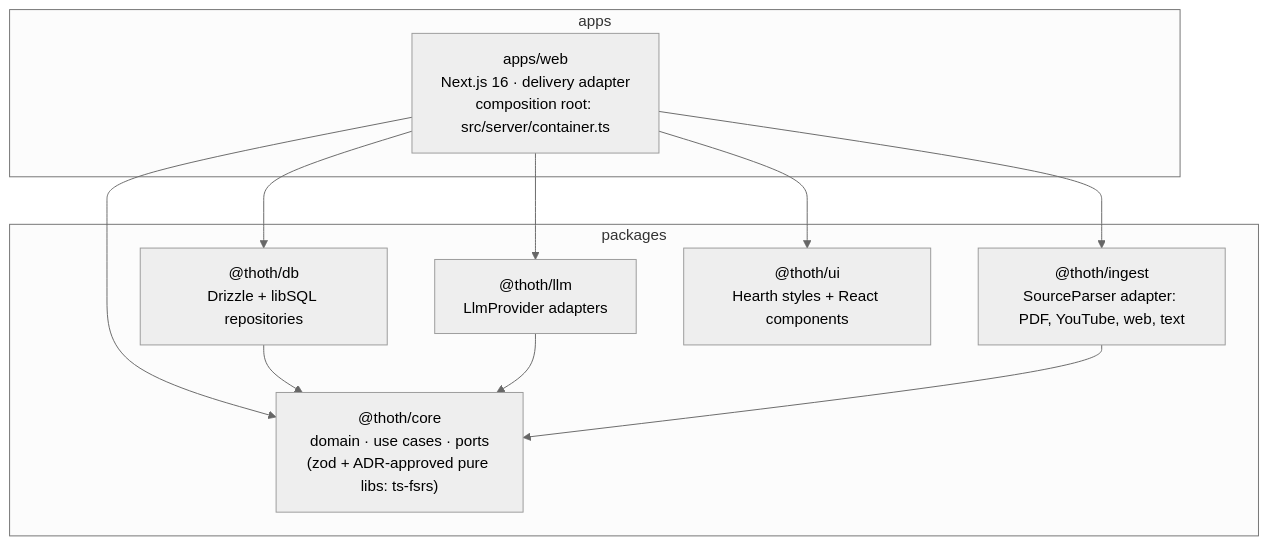
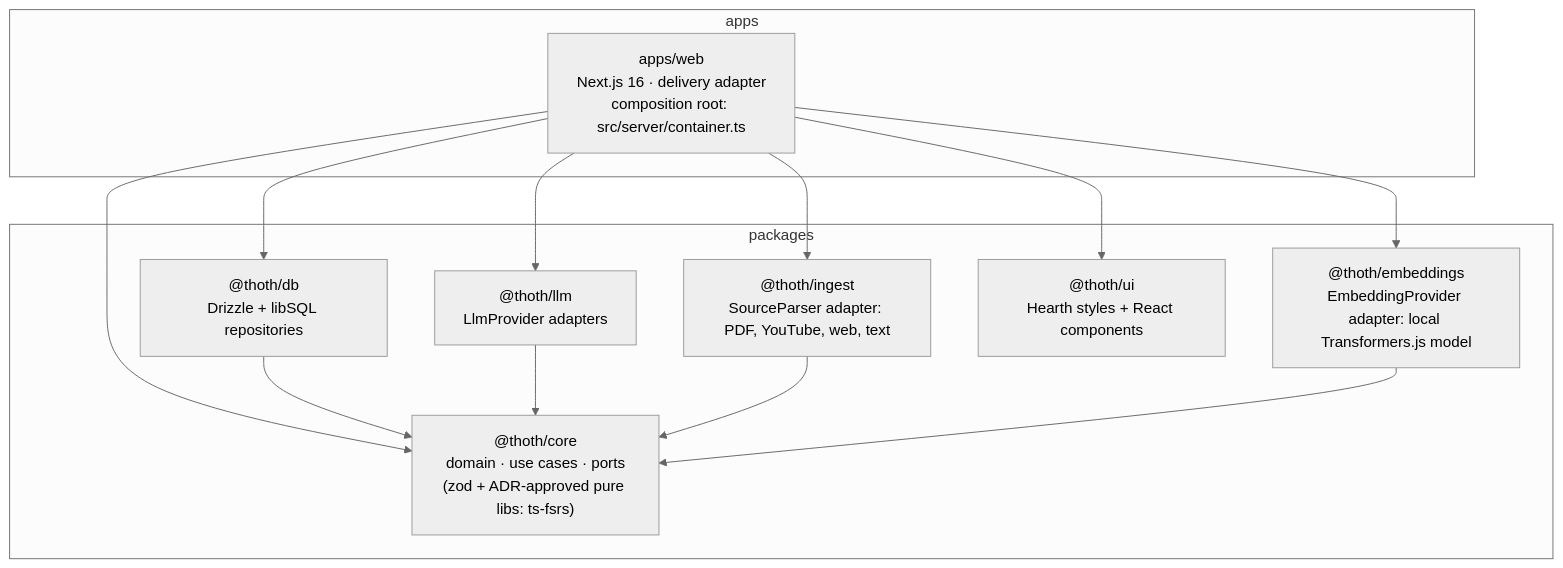
One commit to huannguyen2114/thoth changed the second of 3 diagrams in docs/technical_design/01-architecture.md. Above: the diagram before and after it, drawn with Mermaid (neutral theme). The commit also changed other lines of this file and 13 other files, not shown here.

````diff
--- a/docs/technical_design/01-architecture.md
+++ b/docs/technical_design/01-architecture.md
@@ -24,21 +24,24 @@
 ```mermaid
 flowchart TD
   subgraph apps
     web["apps/web<br/>Next.js 16 · delivery adapter<br/>composition root: src/server/container.ts"]
   end
   subgraph packages
     core["@thoth/core<br/>domain · use cases · ports<br/>(zod + ADR-approved pure libs: ts-fsrs)"]
     db["@thoth/db<br/>Drizzle + libSQL repositories"]
     llm["@thoth/llm<br/>LlmProvider adapters"]
     ingest["@thoth/ingest<br/>SourceParser adapter: PDF, YouTube, web, text"]
+    embeddings["@thoth/embeddings<br/>EmbeddingProvider adapter: local Transformers.js model"]
     ui["@thoth/ui<br/>Hearth styles + React components"]
   end
   web --> core
   web --> db
   web --> llm
   web --> ingest
+  web --> embeddings
   web --> ui
   db --> core
   llm --> core
   ingest --> core
+  embeddings --> core
 ```
````
